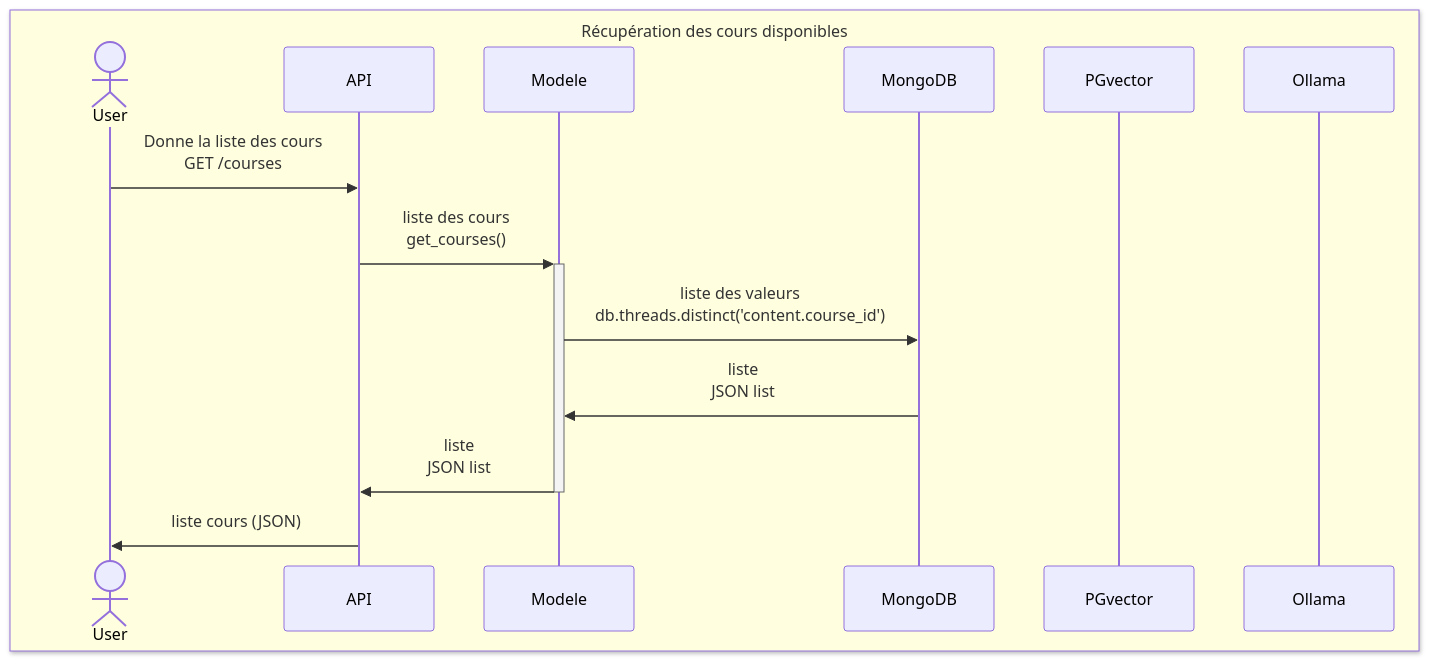
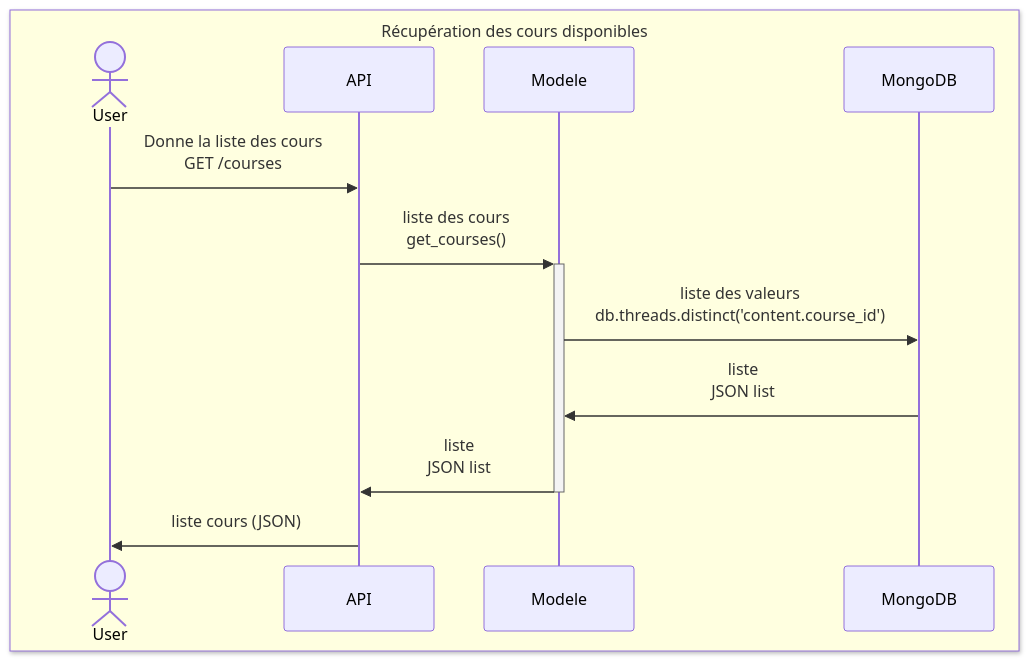
The second of 3 diagrams in README.md (data-IA-2024/p4mooc), drawn with Mermaid before and after one commit. The commit also changed other lines of this file, not shown here.

````diff
--- a/README.md
+++ b/README.md
@@ -125,20 +150,18 @@
 ```mermaid
 %% Example of sequence diagram
   sequenceDiagram
 
     box lightyellow Récupération des cours disponibles
         actor User
         participant API
         participant Modele
         participant MongoDB
-        participant PGvector
-        participant Ollama
     end
 
     User->>API : Donne la liste des cours <br/>GET /courses
     API->>+Modele : liste des cours<br>get_courses()
     Modele->>MongoDB : liste des valeurs<br>db.threads.distinct('content.course_id')
     MongoDB->>Modele : liste <br>JSON list
     Modele->>-API : liste<br>JSON list
     API->>User : liste cours (JSON)
 ```
````
